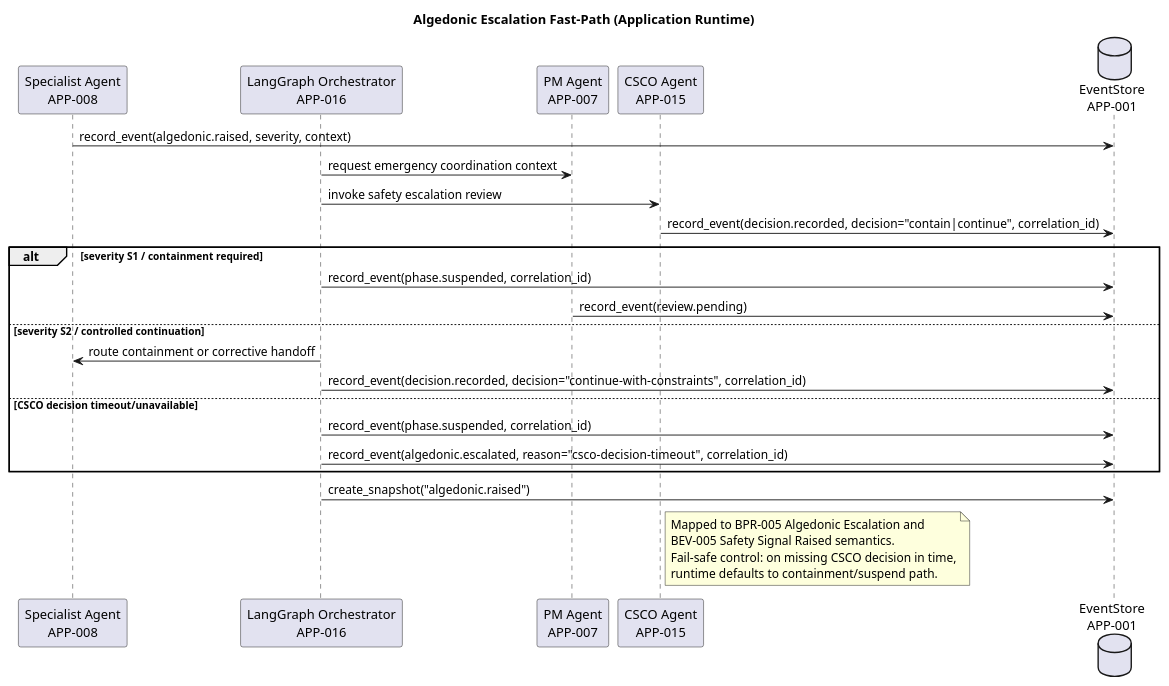
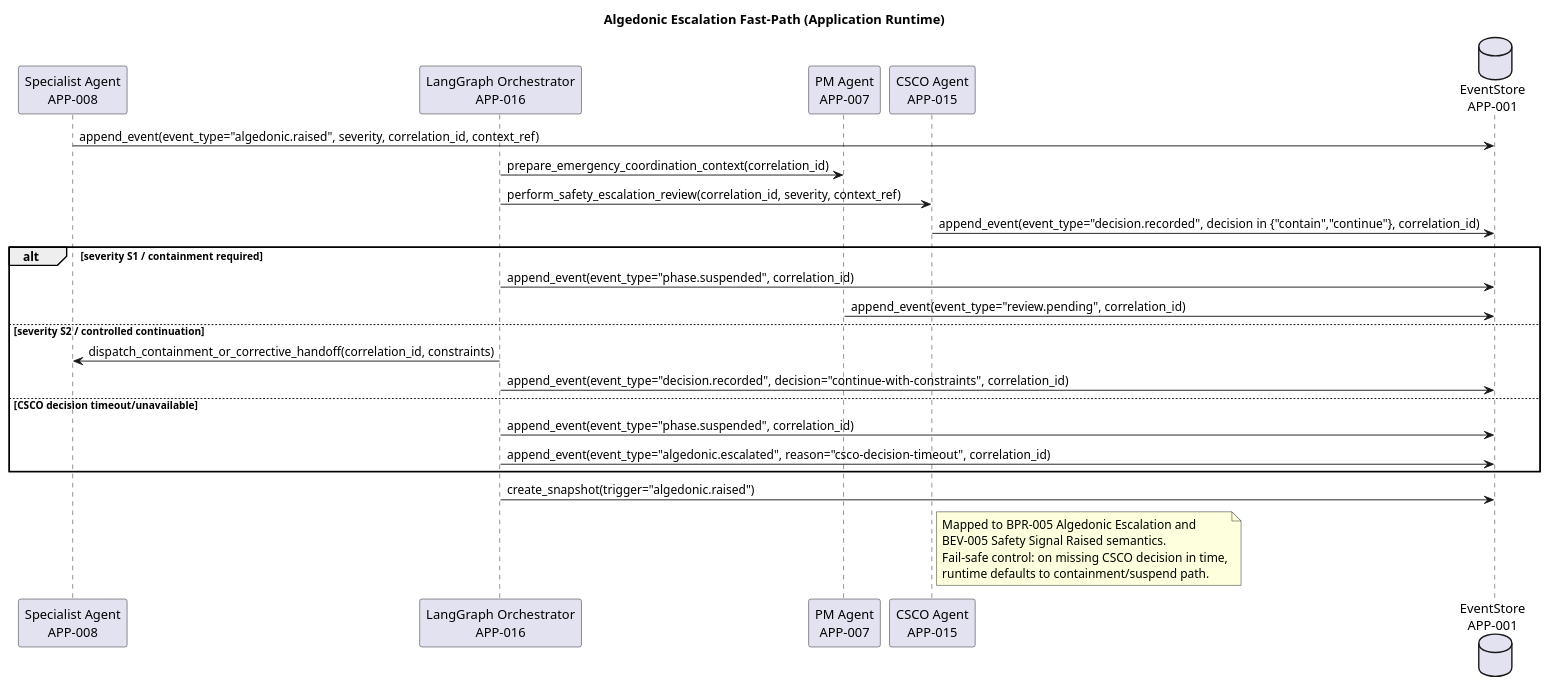
The diagram in engagements/ENG-001/work-repositories/architecture-repository/diagram-catalog/diagrams/runtime-sequence-algedonic-escalation-fastpath-v1.puml (mbauer83/sdlc-multi-agent-system), drawn with PlantUML before and after one commit. The commit also changed 38 other files, not shown here.

```diff
--- a/engagements/ENG-001/work-repositories/architecture-repository/diagram-catalog/diagrams/runtime-sequence-algedonic-escalation-fastpath-v1.puml
+++ b/engagements/ENG-001/work-repositories/architecture-repository/diagram-catalog/diagrams/runtime-sequence-algedonic-escalation-fastpath-v1.puml
@@ -28,34 +28,34 @@
 @startuml runtime-sequence-algedonic-escalation-fastpath-v1
 title Algedonic Escalation Fast-Path (Application Runtime)
 
 participant "Specialist Agent\nAPP-008" as APP_008
 participant "LangGraph Orchestrator\nAPP-016" as APP_016
 participant "PM Agent\nAPP-007" as APP_007
 participant "CSCO Agent\nAPP-015" as APP_015
 database "EventStore\nAPP-001" as APP_001
 
-APP_008 -> APP_001: record_event(algedonic.raised, severity, context)
-APP_016 -> APP_007: request emergency coordination context
-APP_016 -> APP_015: invoke safety escalation review
-APP_015 -> APP_001: record_event(decision.recorded, decision="contain|continue", correlation_id)
+APP_008 -> APP_001: append_event(event_type="algedonic.raised", severity, correlation_id, context_ref)
+APP_016 -> APP_007: prepare_emergency_coordination_context(correlation_id)
+APP_016 -> APP_015: perform_safety_escalation_review(correlation_id, severity, context_ref)
+APP_015 -> APP_001: append_event(event_type="decision.recorded", decision in {"contain","continue"}, correlation_id)
 
 alt severity S1 / containment required
-  APP_016 -> APP_001: record_event(phase.suspended, correlation_id)
-  APP_007 -> APP_001: record_event(review.pending)
+  APP_016 -> APP_001: append_event(event_type="phase.suspended", correlation_id)
+  APP_007 -> APP_001: append_event(event_type="review.pending", correlation_id)
 else severity S2 / controlled continuation
-  APP_016 -> APP_008: route containment or corrective handoff
-  APP_016 -> APP_001: record_event(decision.recorded, decision="continue-with-constraints", correlation_id)
+  APP_016 -> APP_008: dispatch_containment_or_corrective_handoff(correlation_id, constraints)
+  APP_016 -> APP_001: append_event(event_type="decision.recorded", decision="continue-with-constraints", correlation_id)
 else CSCO decision timeout/unavailable
-  APP_016 -> APP_001: record_event(phase.suspended, correlation_id)
-  APP_016 -> APP_001: record_event(algedonic.escalated, reason="csco-decision-timeout", correlation_id)
+  APP_016 -> APP_001: append_event(event_type="phase.suspended", correlation_id)
+  APP_016 -> APP_001: append_event(event_type="algedonic.escalated", reason="csco-decision-timeout", correlation_id)
 end
 
-APP_016 -> APP_001: create_snapshot("algedonic.raised")
+APP_016 -> APP_001: create_snapshot(trigger="algedonic.raised")
 
 note right of APP_015
 Mapped to BPR-005 Algedonic Escalation and
 BEV-005 Safety Signal Raised semantics.
 Fail-safe control: on missing CSCO decision in time,
 runtime defaults to containment/suspend path.
 end note
 @enduml
```
